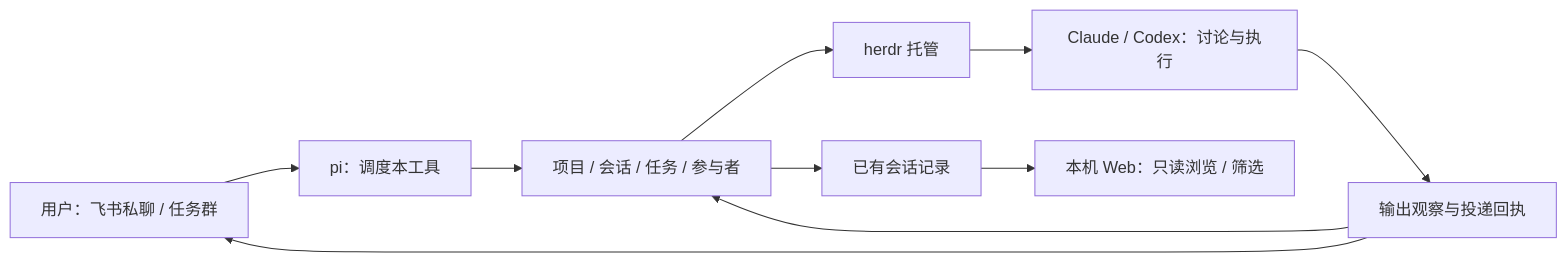
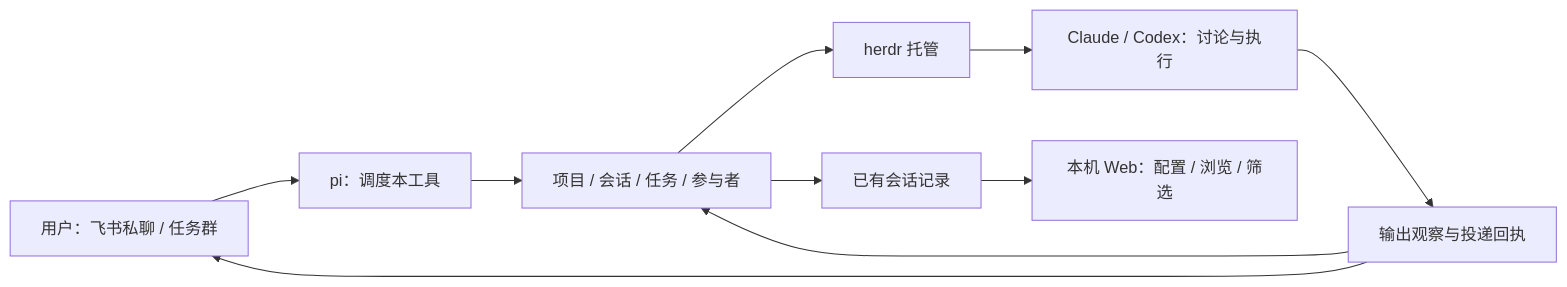
Before and after one commit to hewenyu/herdr-agent: the diagram in docs/current-business-scenarios.md, drawn with Mermaid. The commit also changed other lines of this file and 19 other files, not shown here.

````diff
--- a/docs/current-business-scenarios.md
+++ b/docs/current-business-scenarios.md
@@ -26,12 +26,12 @@
 ```mermaid
 flowchart LR
     U[用户：飞书私聊 / 任务群] --> P[pi：调度本工具]
     P --> T[项目 / 会话 / 任务 / 参与者]
     T --> H[herdr 托管]
     H --> A[Claude / Codex：讨论与执行]
     A --> O[输出观察与投递回执]
     O --> T
     O --> U
     T --> R[已有会话记录]
-    R --> W[本机 Web：只读浏览 / 筛选]
+    R --> W[本机 Web：配置 / 浏览 / 筛选]
 ```
````
